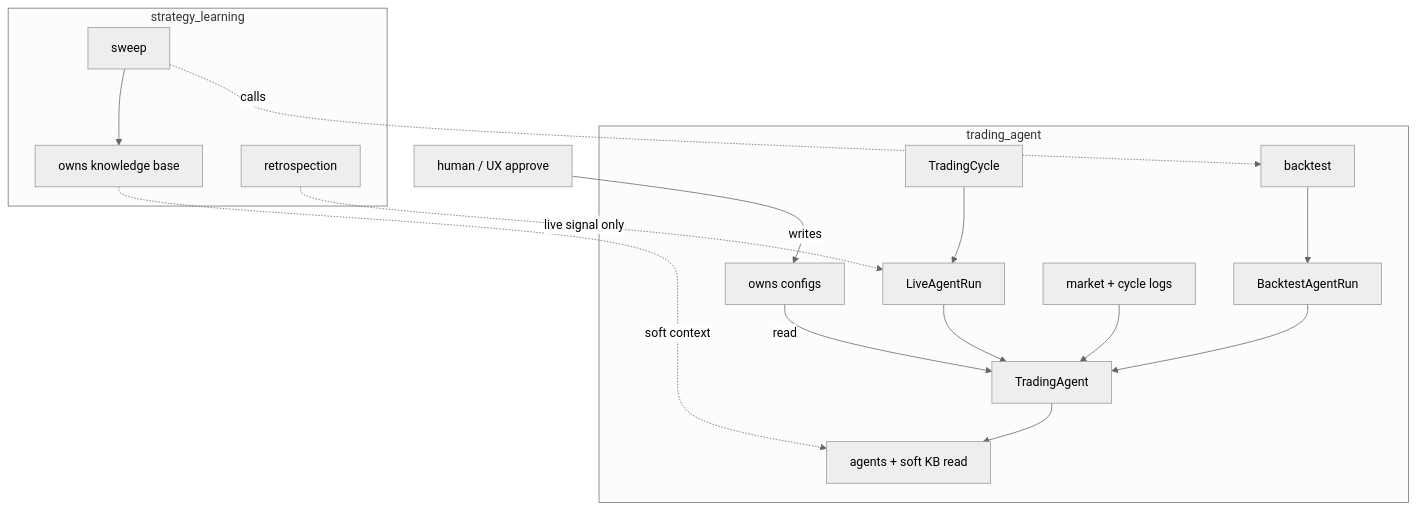
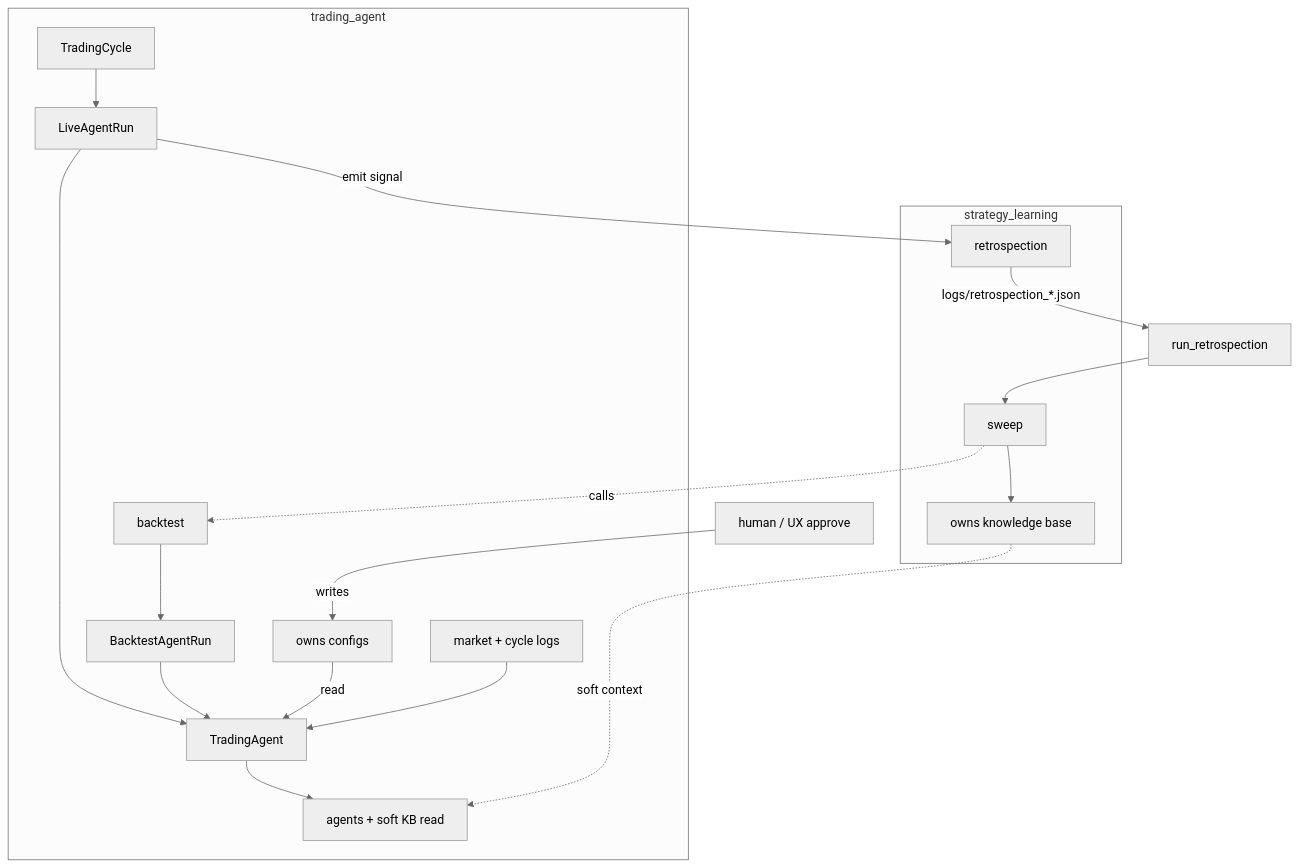
The diagram in docs/agents/codebase.md (yetigong/trading-agent), drawn with Mermaid (neutral theme) before and after one commit. The commit also changed other lines of this file and 27 other files, not shown here.

First line of the commit message:
Add Phase 4.5.5 live retrospection with aligned underperf metrics.

````diff
--- a/docs/agents/codebase.md
+++ b/docs/agents/codebase.md
@@ -38,29 +38,31 @@
 ```mermaid
 flowchart TB
     subgraph ta [trading_agent]
         TC[TradingCycle]
         Live[LiveAgentRun]
         BTRun[BacktestAgentRun]
         TA[TradingAgent]
         BT[backtest]
         Cfg[owns configs]
         MD[market + cycle logs]
         AG[agents + soft KB read]
     end
 
     subgraph sl [strategy_learning]
         KB[owns knowledge base]
         Sweep[sweep]
         Retro[retrospection]
     end
 
     TC --> Live --> TA --> AG
     BT --> BTRun --> TA
     Cfg -->|"read"| TA
     MD --> TA
-    Retro -.->|"live signal only"| Live
+    Live -->|"emit signal"| Retro
+    Retro -->|"logs/retrospection_*.json"| Consumer[run_retrospection]
+    Consumer --> Sweep
     Sweep -.->|"calls"| BT
     Sweep --> KB
     KB -.->|"soft context"| AG
     Human[human / UX approve] -->|"writes"| Cfg
 ```
````
